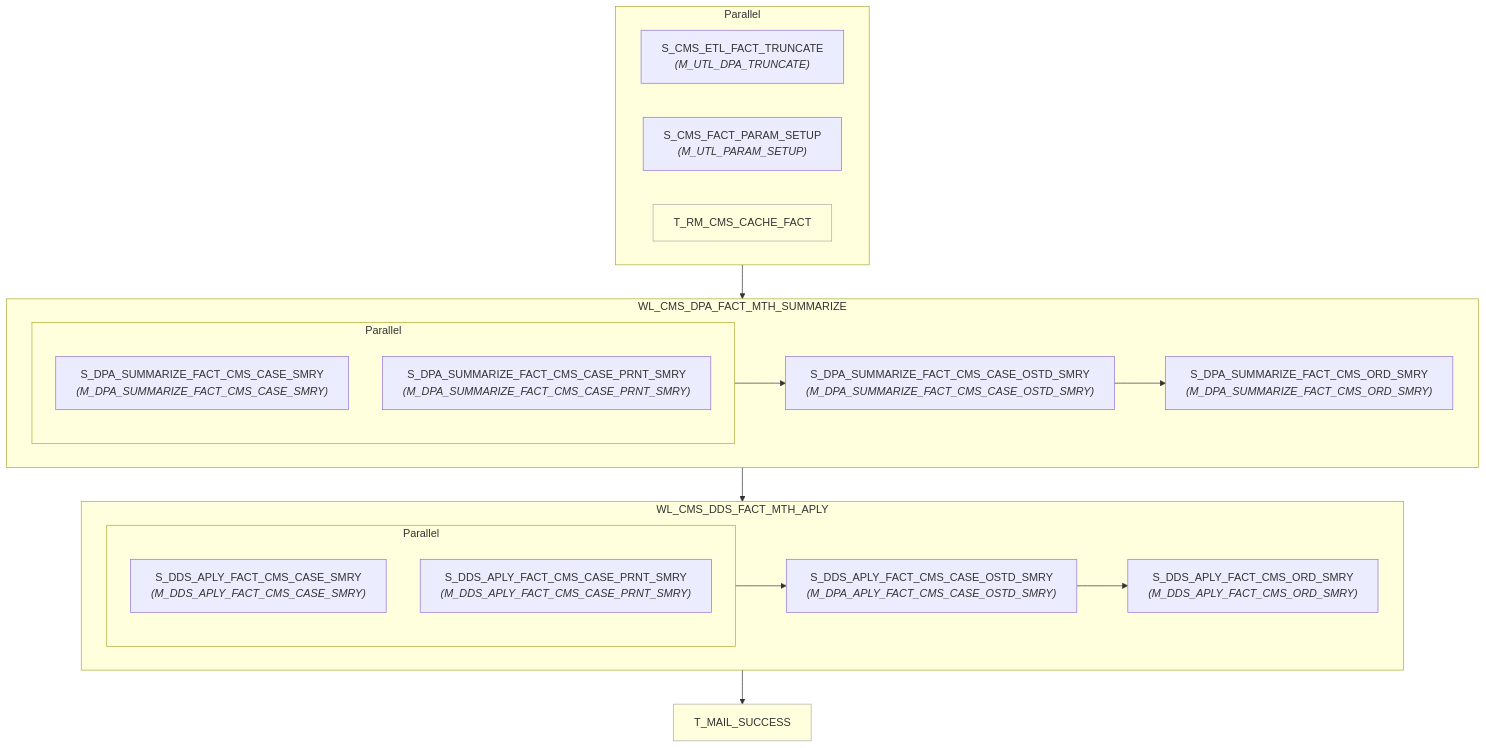
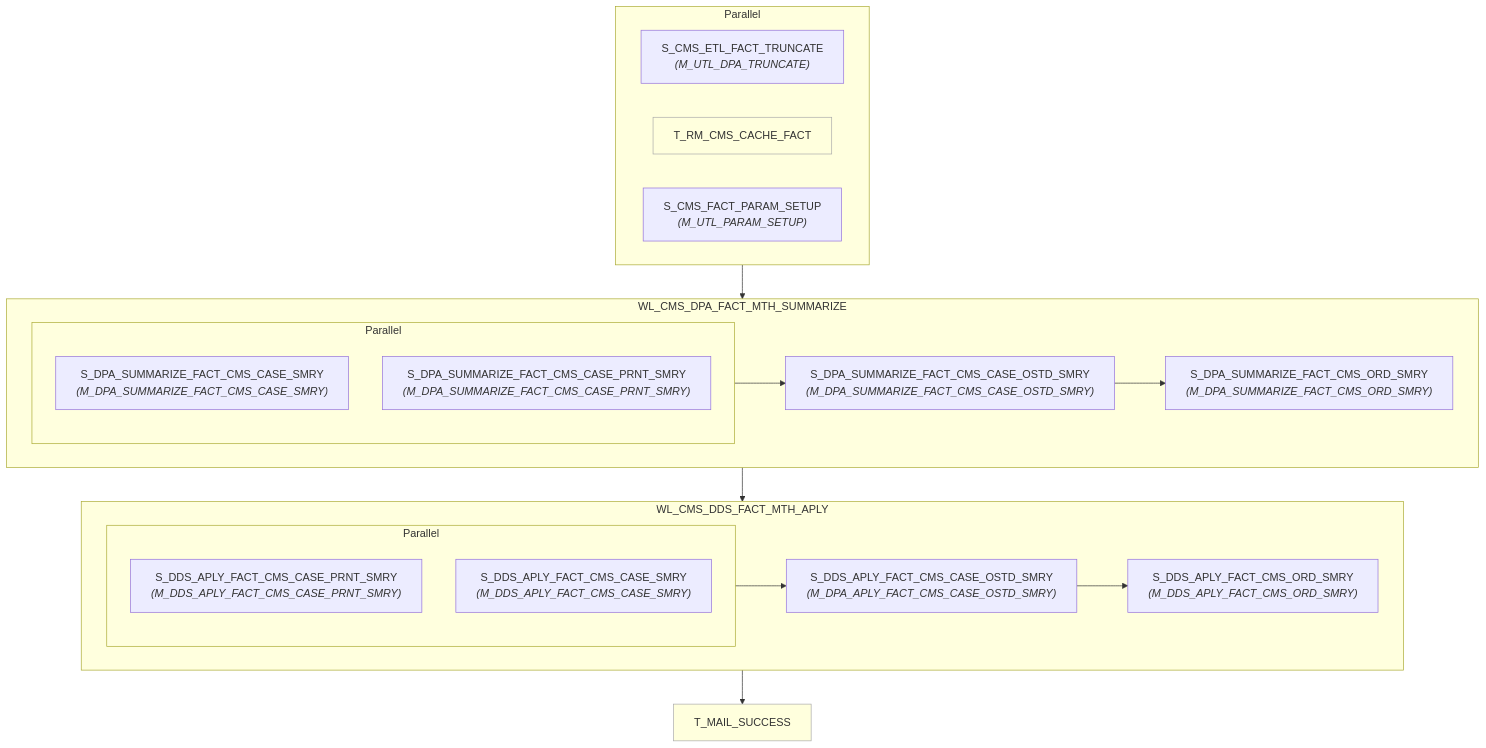
The diagram in informatica/PowerCenter_workflows/dds/WF_CMS_DDS_APLY_MTH_SPARK/wf_cms_dds_aply_mth.md (asl-adamxu/informatica-sparker-poc), drawn with Mermaid before and after one commit. The commit also changed 3 other files, not shown here.

````diff
--- a/informatica/PowerCenter_workflows/dds/WF_CMS_DDS_APLY_MTH_SPARK/wf_cms_dds_aply_mth.md
+++ b/informatica/PowerCenter_workflows/dds/WF_CMS_DDS_APLY_MTH_SPARK/wf_cms_dds_aply_mth.md
@@ -7,41 +7,41 @@
 ```mermaid
 flowchart TD
     n1["S_CMS_ETL_FACT_TRUNCATE<br/><i>(M_UTL_DPA_TRUNCATE)</i>"]
-    n2["S_CMS_FACT_PARAM_SETUP<br/><i>(M_UTL_PARAM_SETUP)</i>"]
-    n3["T_RM_CMS_CACHE_FACT"]
-    style n3 fill:#ffd,stroke:#aaa,stroke-width:1px
+    n2["T_RM_CMS_CACHE_FACT"]
+    style n2 fill:#ffd,stroke:#aaa,stroke-width:1px
+    n3["S_CMS_FACT_PARAM_SETUP<br/><i>(M_UTL_PARAM_SETUP)</i>"]
     subgraph pg4[Parallel]
         n1
         n2
         n3
     end
     subgraph wkl5["WL_CMS_DPA_FACT_MTH_SUMMARIZE"]
     n6["S_DPA_SUMMARIZE_FACT_CMS_CASE_SMRY<br/><i>(M_DPA_SUMMARIZE_FACT_CMS_CASE_SMRY)</i>"]
     n7["S_DPA_SUMMARIZE_FACT_CMS_CASE_PRNT_SMRY<br/><i>(M_DPA_SUMMARIZE_FACT_CMS_CASE_PRNT_SMRY)</i>"]
     subgraph pg8[Parallel]
         n6
         n7
     end
     n9["S_DPA_SUMMARIZE_FACT_CMS_CASE_OSTD_SMRY<br/><i>(M_DPA_SUMMARIZE_FACT_CMS_CASE_OSTD_SMRY)</i>"]
     n10["S_DPA_SUMMARIZE_FACT_CMS_ORD_SMRY<br/><i>(M_DPA_SUMMARIZE_FACT_CMS_ORD_SMRY)</i>"]
         pg8 --> n9
         n9 --> n10
     end
     subgraph wkl11["WL_CMS_DDS_FACT_MTH_APLY"]
-    n12["S_DDS_APLY_FACT_CMS_CASE_SMRY<br/><i>(M_DDS_APLY_FACT_CMS_CASE_SMRY)</i>"]
-    n13["S_DDS_APLY_FACT_CMS_CASE_PRNT_SMRY<br/><i>(M_DDS_APLY_FACT_CMS_CASE_PRNT_SMRY)</i>"]
+    n12["S_DDS_APLY_FACT_CMS_CASE_PRNT_SMRY<br/><i>(M_DDS_APLY_FACT_CMS_CASE_PRNT_SMRY)</i>"]
+    n13["S_DDS_APLY_FACT_CMS_CASE_SMRY<br/><i>(M_DDS_APLY_FACT_CMS_CASE_SMRY)</i>"]
     subgraph pg14[Parallel]
         n12
         n13
     end
     n15["S_DDS_APLY_FACT_CMS_CASE_OSTD_SMRY<br/><i>(M_DPA_APLY_FACT_CMS_CASE_OSTD_SMRY)</i>"]
     n16["S_DDS_APLY_FACT_CMS_ORD_SMRY<br/><i>(M_DDS_APLY_FACT_CMS_ORD_SMRY)</i>"]
         pg14 --> n15
         n15 --> n16
     end
     n17["T_MAIL_SUCCESS"]
     style n17 fill:#ffd,stroke:#aaa,stroke-width:1px
     pg4 --> wkl5
     wkl5 --> wkl11
     wkl11 --> n17
 ```
````
